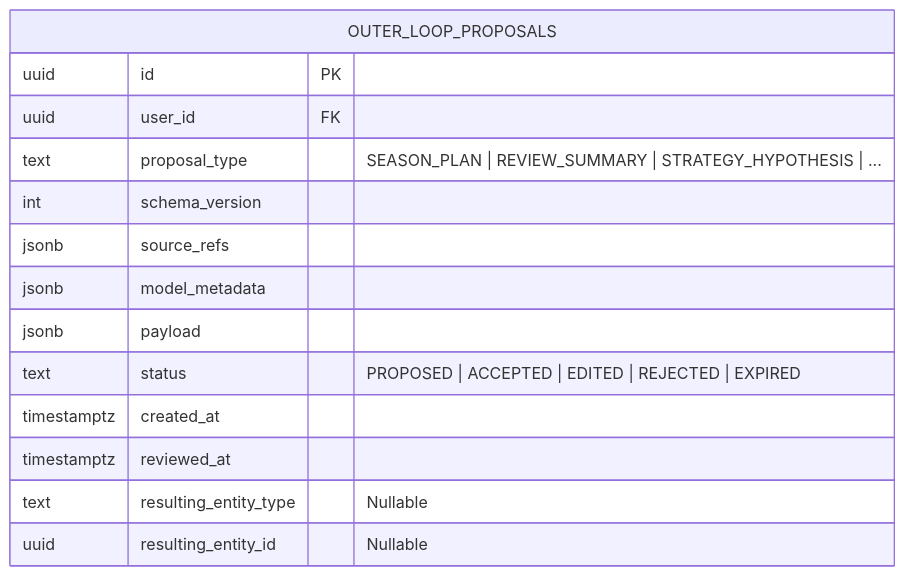
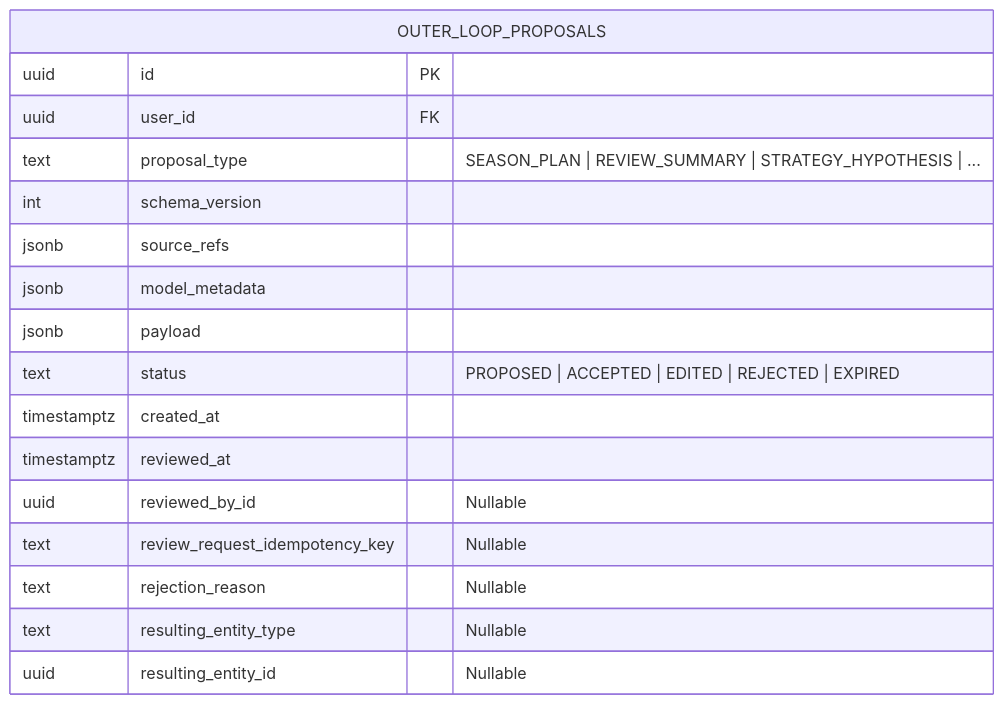
The first of 2 diagrams in docs/Phase8/08_AI_GM_OUTER_LOOP_CONTRACT.md (Daylily-Huang/AI-Personal-Growth-RPG), drawn with Mermaid before and after one commit. The commit also changed other lines of this file and 9 other files, not shown here.

````diff
--- a/docs/Phase8/08_AI_GM_OUTER_LOOP_CONTRACT.md
+++ b/docs/Phase8/08_AI_GM_OUTER_LOOP_CONTRACT.md
@@ -21,17 +21,20 @@
 ```mermaid
 erDiagram
     OUTER_LOOP_PROPOSALS {
         uuid id PK
         uuid user_id FK
         text proposal_type "SEASON_PLAN | REVIEW_SUMMARY | STRATEGY_HYPOTHESIS | ..."
         int schema_version
         jsonb source_refs
         jsonb model_metadata
         jsonb payload
         text status "PROPOSED | ACCEPTED | EDITED | REJECTED | EXPIRED"
         timestamptz created_at
         timestamptz reviewed_at
+        uuid reviewed_by_id "Nullable"
+        text review_request_idempotency_key "Nullable"
+        text rejection_reason "Nullable"
         text resulting_entity_type "Nullable"
         uuid resulting_entity_id "Nullable"
     }
 ```
````
